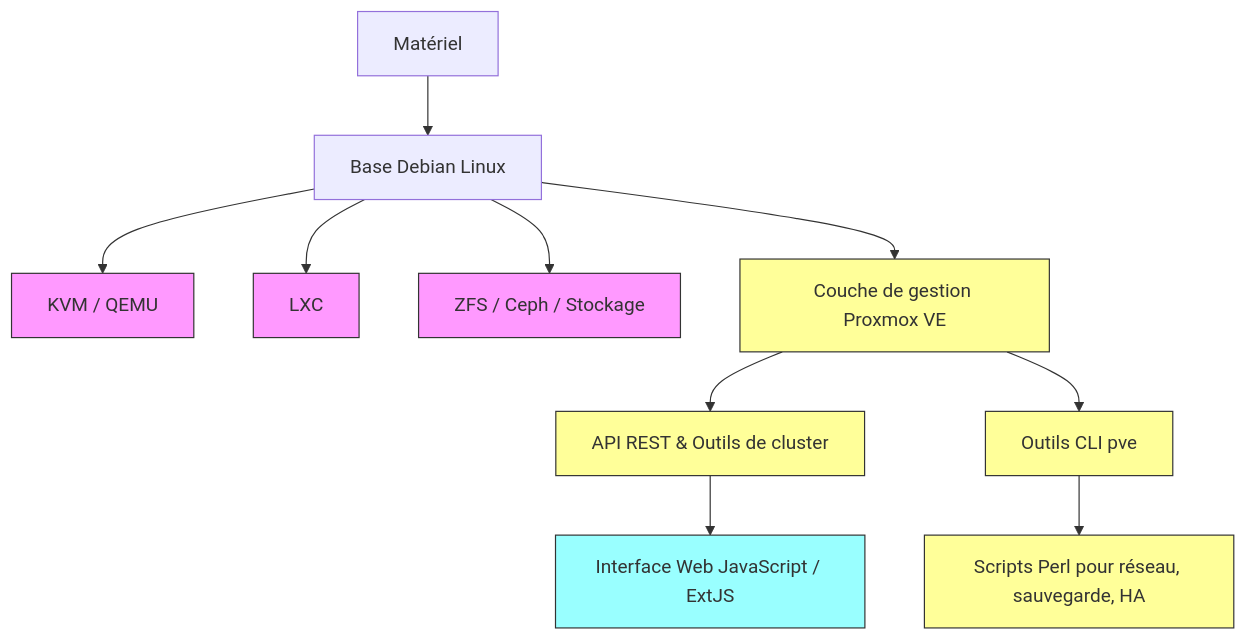
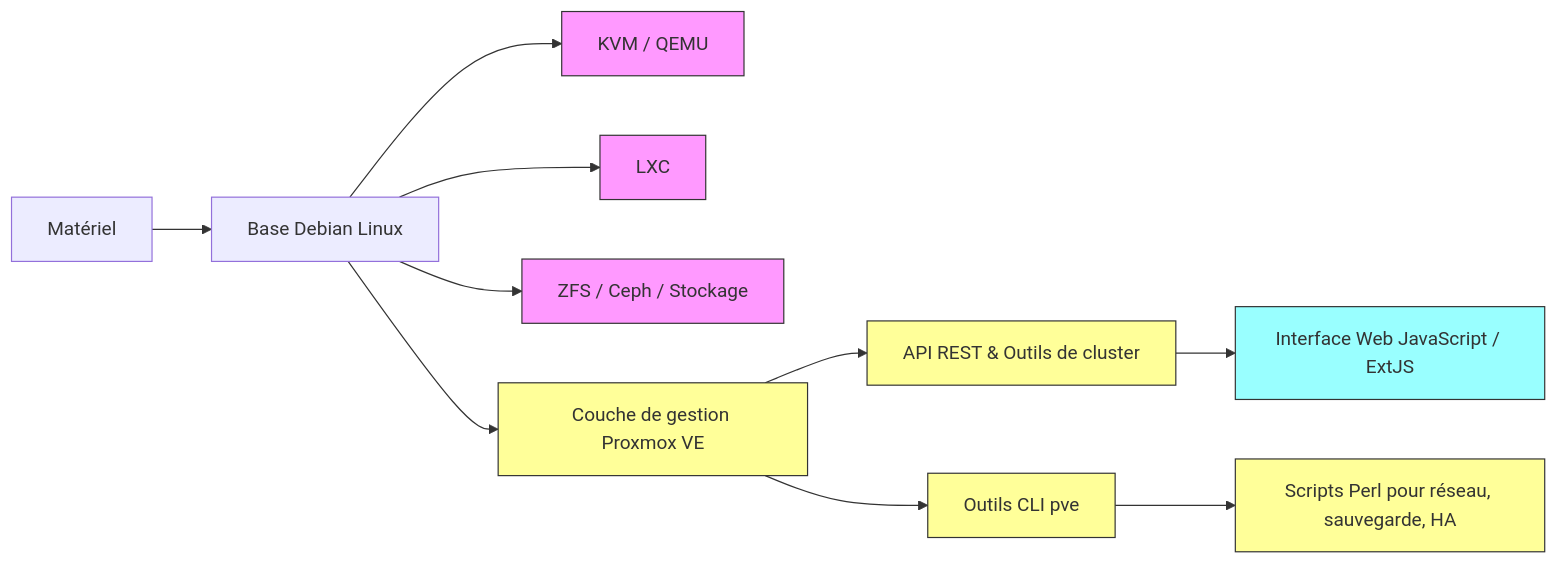
One commit to CollegeBoreal/Tutoriels changed the diagram in 2.MicroServices/3.Orchestration/2.Proxmox/README.md. Above: the diagram before and after it, drawn with Mermaid.

Commit message:
Change diagram orientation from TD to LR
Updated the architecture diagram orientation from TD to LR.

````diff
--- a/2.MicroServices/3.Orchestration/2.Proxmox/README.md
+++ b/2.MicroServices/3.Orchestration/2.Proxmox/README.md
@@ -5,21 +5,21 @@
 ```mermaid
-graph TD
+graph LR
     A[Matériel] --> B[Base Debian Linux]
     B --> C[KVM / QEMU]
     B --> D[LXC]
     B --> E[ZFS / Ceph / Stockage]
     B --> F[Couche de gestion Proxmox VE]
     F --> G[API REST & Outils de cluster]
     F --> H[Outils CLI pve]
     G --> I[Interface Web JavaScript / ExtJS]
     H --> J[Scripts Perl pour réseau, sauvegarde, HA]
     
     style C fill:#f9f,stroke:#333,stroke-width:1px
     style D fill:#f9f,stroke:#333,stroke-width:1px
     style E fill:#f9f,stroke:#333,stroke-width:1px
     style F fill:#ff9,stroke:#333,stroke-width:1px
     style G fill:#ff9,stroke:#333,stroke-width:1px
     style H fill:#ff9,stroke:#333,stroke-width:1px
     style I fill:#9ff,stroke:#333,stroke-width:1px
     style J fill:#ff9,stroke:#333,stroke-width:1px
 ```
````
